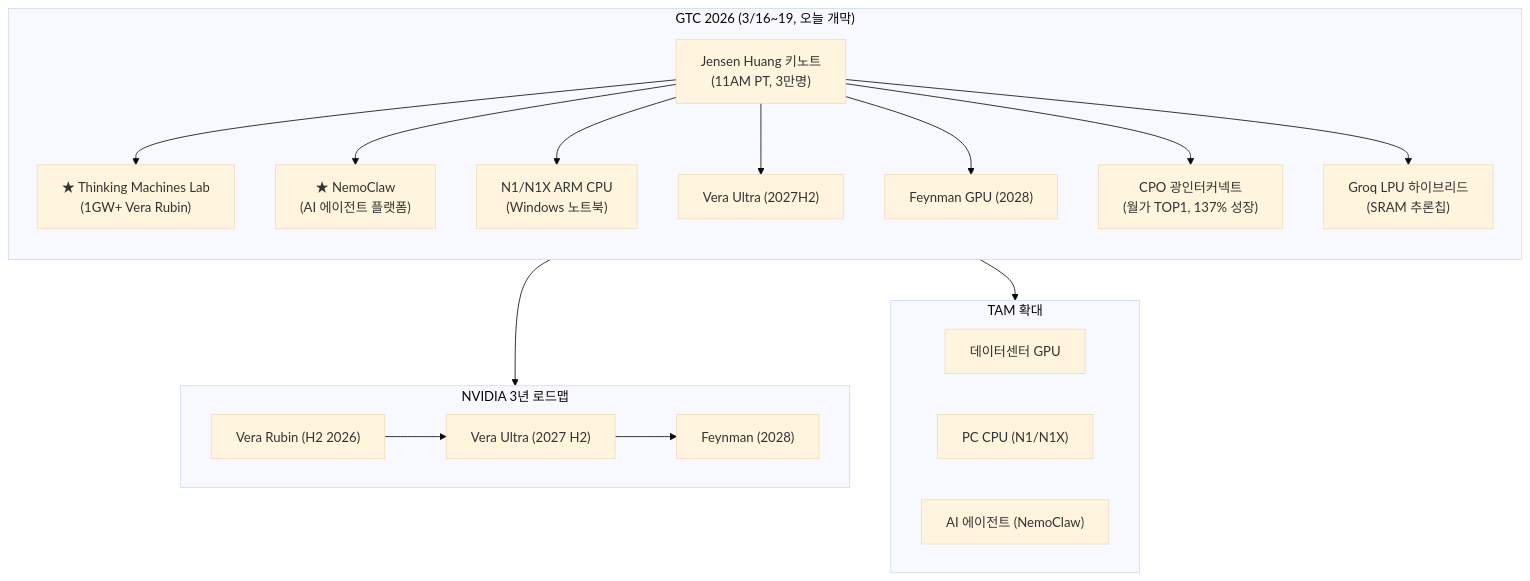
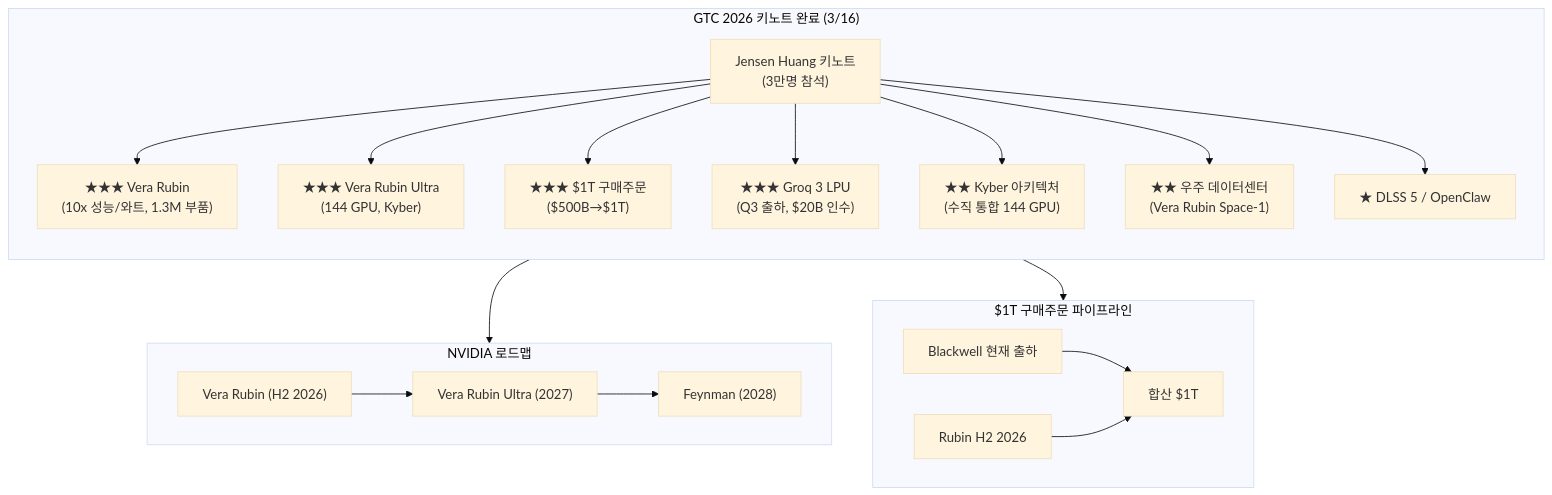
One commit to dss99911/dss99911.github.io changed the second of 4 diagrams in _posts/knowledge/invest/2026-01-21-semiconductor-sector-outlook-2026.md. Above: the diagram before and after it, drawn with Mermaid (base theme). The commit also changed other lines of this file and 1 other file, not shown here.

````diff
--- a/_posts/knowledge/invest/2026-01-21-semiconductor-sector-outlook-2026.md
+++ b/_posts/knowledge/invest/2026-01-21-semiconductor-sector-outlook-2026.md
@@ -125,30 +136,31 @@
 ```mermaid
 graph TB
-    subgraph GTC2026["GTC 2026 (3/16~19, 오늘 개막)"]
+    subgraph GTC2026["GTC 2026 키노트 완료 #40;3/16#41;"]
         direction TB
-        K["Jensen Huang 키노트<br/>(11AM PT, 3만명)"]
-        K --> TML["★ Thinking Machines Lab<br/>(1GW+ Vera Rubin)"]
-        K --> NC["★ NemoClaw<br/>(AI 에이전트 플랫폼)"]
-        K --> N1["N1/N1X ARM CPU<br/>(Windows 노트북)"]
-        K --> VU["Vera Ultra (2027H2)"]
-        K --> FG["Feynman GPU (2028)"]
-        K --> CPO2["CPO 광인터커넥트<br/>(월가 TOP1, 137% 성장)"]
-        K --> G["Groq LPU 하이브리드<br/>(SRAM 추론칩)"]
+        K["Jensen Huang 키노트<br/>#40;3만명 참석#41;"]
+        K --> VR["★★★ Vera Rubin<br/>#40;10x 성능/와트, 1.3M 부품#41;"]
+        K --> VRU["★★★ Vera Rubin Ultra<br/>#40;144 GPU, Kyber#41;"]
+        K --> T["★★★ $1T 구매주문<br/>#40;$500B→$1T#41;"]
+        K --> G3["★★★ Groq 3 LPU<br/>#40;Q3 출하, $20B 인수#41;"]
+        K --> KY["★★ Kyber 아키텍처<br/>#40;수직 통합 144 GPU#41;"]
+        K --> SP["★★ 우주 데이터센터<br/>#40;Vera Rubin Space-1#41;"]
+        K --> D5["★ DLSS 5 / OpenClaw"]
     end
 
-    subgraph 로드맵["NVIDIA 3년 로드맵"]
-        VR["Vera Rubin (H2 2026)"]
-        VU2["Vera Ultra (2027 H2)"]
-        FG2["Feynman (2028)"]
-        VR --> VU2 --> FG2
+    subgraph 로드맵["NVIDIA 로드맵"]
+        VR2["Vera Rubin #40;H2 2026#41;"]
+        VU2["Vera Rubin Ultra #40;2027#41;"]
+        FG2["Feynman #40;2028#41;"]
+        VR2 --> VU2 --> FG2
     end
 
-    subgraph 시장확대["TAM 확대"]
-        DC["데이터센터 GPU"]
-        PC["PC CPU (N1/N1X)"]
-        AG["AI 에이전트 (NemoClaw)"]
+    subgraph 수요["$1T 구매주문 파이프라인"]
+        BW["Blackwell 현재 출하"]
+        RB["Rubin H2 2026"]
+        BW --> T2["합산 $1T"]
+        RB --> T2
     end
 
     GTC2026 --> 로드맵
-    GTC2026 --> 시장확대
+    GTC2026 --> 수요
 ```
````
